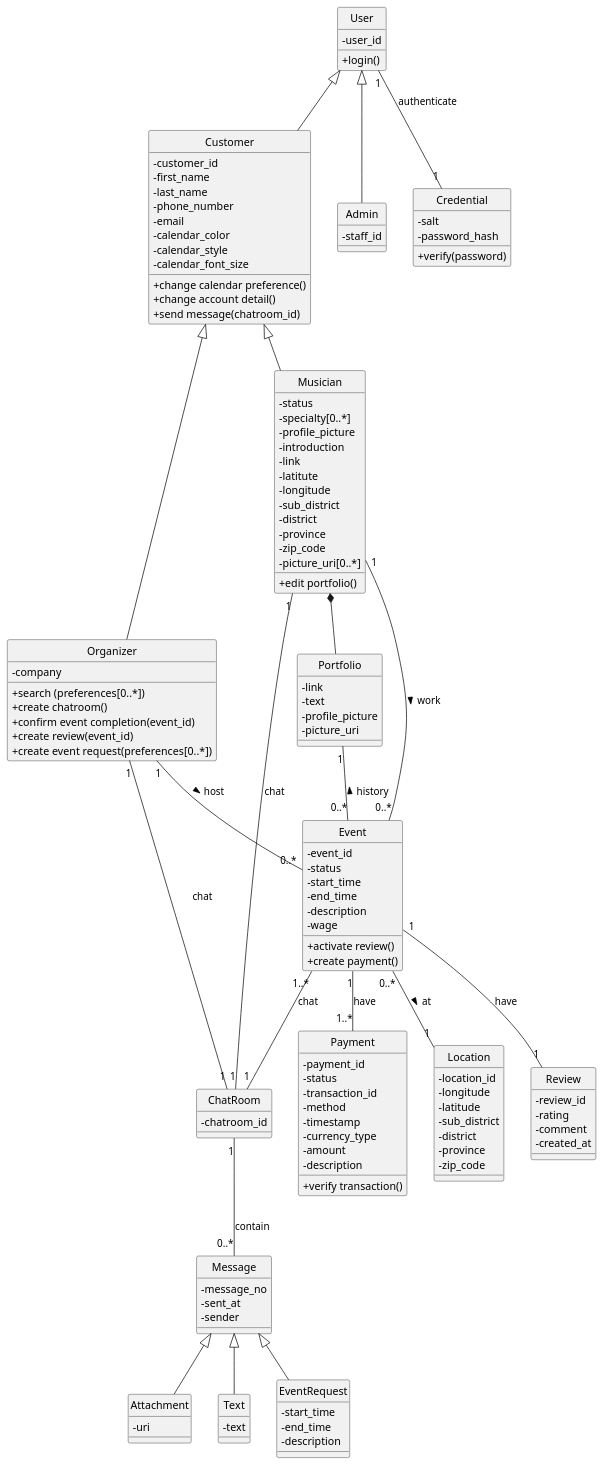
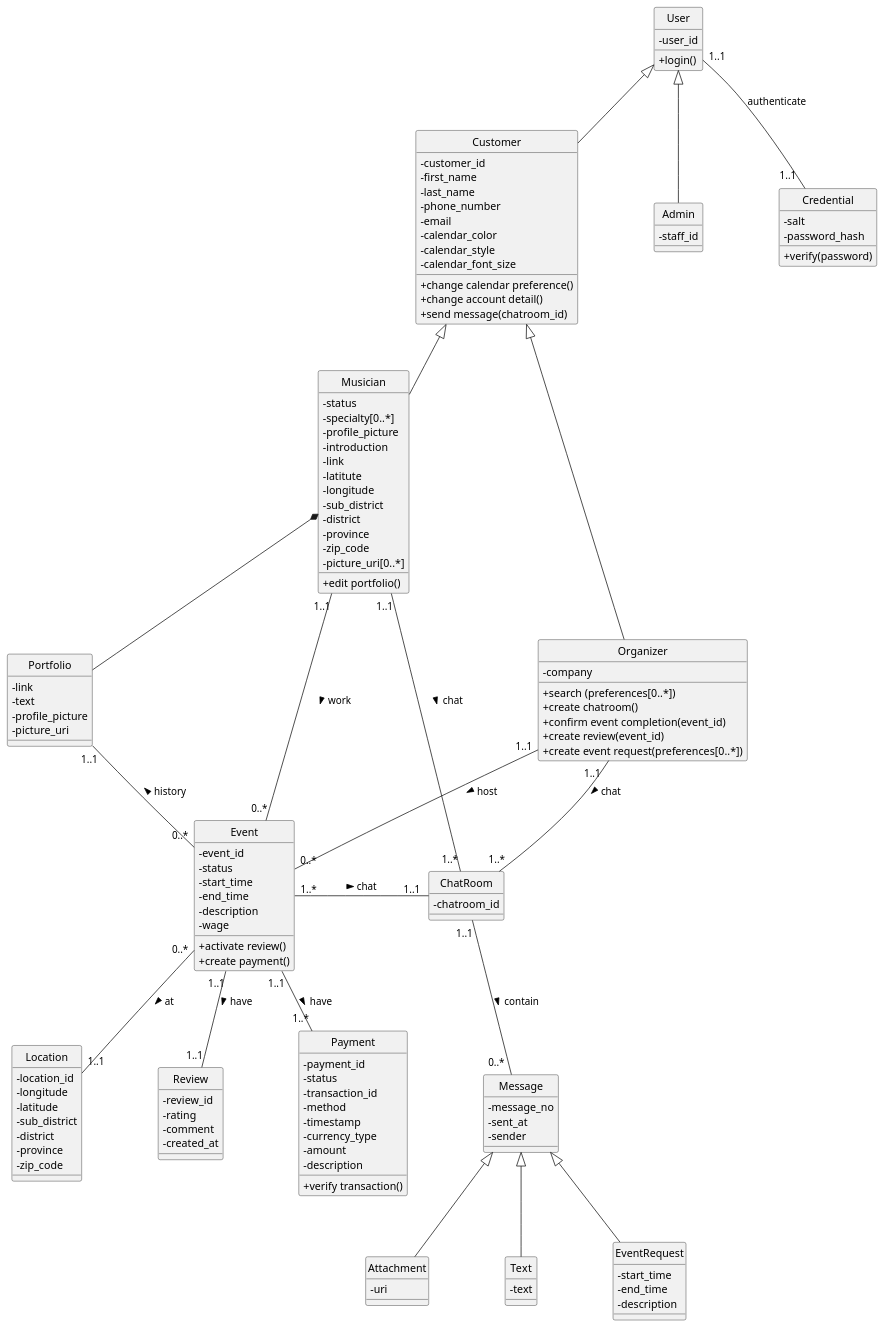
The diagram in class_diagram.puml (thanadolps/SE-digrams), drawn with PlantUML before and after one commit.

Commit message:
Format & Fix according to comments

```diff
--- a/class_diagram.puml
+++ b/class_diagram.puml
@@ -1,166 +1,171 @@
 @startuml classDiagram
 
     ' use text-base attributes icon
     skinparam classAttributeIconSize 0
     ' hide class icon
     hide circle
 
     'skinparam linetype ortho
+    'skinparam linetype polyline
 
-    'skinparam linetype polyline
+    skinparam nodesep 100
+    'skinparam ranksep 100
+
+    'skinparam classBackgroundColor #d0b6eb
+    'skinparam ClassFontSize 10 
 
     User <|-- Customer
     User <|-- Admin
     Customer <|-- Musician
     Customer <|-- Organizer
 
 
     class User {
         -user_id
         +login()
     }
 
     class Admin {
         -staff_id
         
     }
 
     class Customer {
         -customer_id
         -first_name
         -last_name
         -phone_number
         -email
         -calendar_color
         -calendar_style
         -calendar_font_size
         +change calendar preference()
         +change account detail()
         +send message(chatroom_id)
     }
 
     class Musician {
         -status
         -specialty[0..*]
         -profile_picture
         -introduction
         -link
         -latitute
         -longitude
         -sub_district
         -district
         -province
         -zip_code
         -picture_uri[0..*]
         + edit portfolio()
     }
 
     class Credential {
         -salt
         -password_hash
         +verify(password)
     }
-    User "1" -- "1" Credential: authenticate
+    User "1..1" -- "1..1\t" Credential: authenticate
 
     class Portfolio {
         -link
         -text
         -profile_picture
         -picture_uri
     }
     Musician *-- Portfolio
-    Portfolio "1" -- "0..*" Event: history <
+    Portfolio "1..1" -- "0..*" Event: history <
 
 
     class Organizer {
         -company
         +search (preferences[0..*])
         +create chatroom()
         +confirm event completion(event_id)
         +create review(event_id)
         +create event request(preferences[0..*])
     }
 
     class Event {
         -event_id
         -status
         -start_time
         -end_time
         -description
         -wage
         +activate review()
         +create payment()
 
     }
 
-    'Musician "1" -- "1" Location: live_at
-    Musician "1" -- "0..*" Event: work >
-    Event "0..*" -- "1" Location: at >
-    Organizer "1" -- "0..*" Event: host >
+    'Musician "1..1" -- "1..1" Location: live_at
+    Musician "1..1" -- "0..*" Event: work >
+    Event "0..*" -- "1..1" Location: at >
+    Organizer "1..1" -- "0..*" Event: host >
     
     class Location {
         -location_id
         -longitude
         -latitude
         -sub_district
         -district
         -province
         -zip_code
     }
 
     class Review {
         -review_id
         -rating
         -comment
         -created_at
     }
 
     class Payment {
         -payment_id
         -status
         -transaction_id
         -method
         -timestamp
         -currency_type
         -amount
         -description
         +verify transaction()
     }
 
-    Event "1" -- "1" Review: have
-    Event "1" -- "1..*" Payment: have
+    Event "1..1" -- "1..1" Review: have >
+    Event "1..1" -- "1..*" Payment: have >
 
     Message <|-- Attachment
     Message <|-- Text
     Message <|-- EventRequest
 
     class Message {
         -message_no
         -sent_at
         -sender
     }
 
     class Attachment {
         -uri
     }
 
     class Text {
         -text
     }
 
     class EventRequest {
         -start_time
         -end_time
         -description
     }
 
     class ChatRoom {
         -chatroom_id
     }
     
-    ChatRoom "1" -- "0..*" Message: contain
-    Event "1..*" -- "1" ChatRoom: chat
-    Musician "1" -- "1" ChatRoom: chat
-    Organizer "1" -- "1" ChatRoom: chat
+    ChatRoom "1..1" -- "0..*\t" Message: contain >
+    Event "1..*" - "1..1 " ChatRoom: chat >
+    Organizer "1..1\t" -- "1..*" ChatRoom: chat >
+    Musician "1..1" -- "1..*" ChatRoom: chat >
 
 @enduml
```
